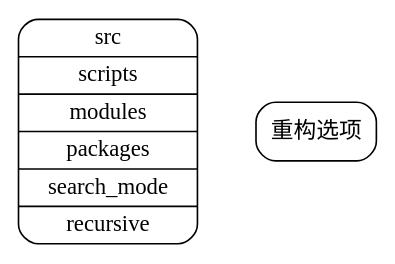
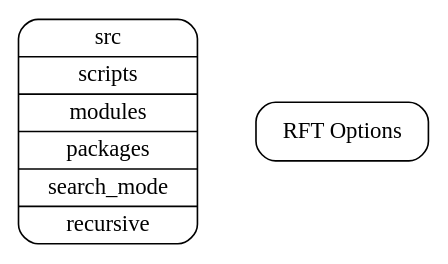
The second of 3 diagrams in pyarmor/learn/en/project.rst (dashingsoft/dashingsoft.github.io), drawn with Graphviz before and after one commit. The commit also changed other lines of this file and 3 other files, not shown here.

```diff
--- a/pyarmor/learn/en/project.rst
+++ b/pyarmor/learn/en/project.rst
@@ -42,17 +42,17 @@
 .. graphviz::
-   :caption: 工程属性
+   :caption: Project Attributes
    :align: center
    :name: g-project-options
 
    digraph G {
       node [shape=box, style=rounded, target="_top"]
       rankdir=LR
 
       project [shape=record
                label="src|scripts|modules|packages|search_mode|recursive"
-               href="../../docs/zh/user/configutation.html"]
-      rft [label="重构选项", href="project.html#rft-options"]
+               href="../../docs/en/user/configutation.html"]
+      rft [label="RFT Options", href="project.html#rft-options"]
 
       edge [style=invis]
       project -> rft
    }
```
